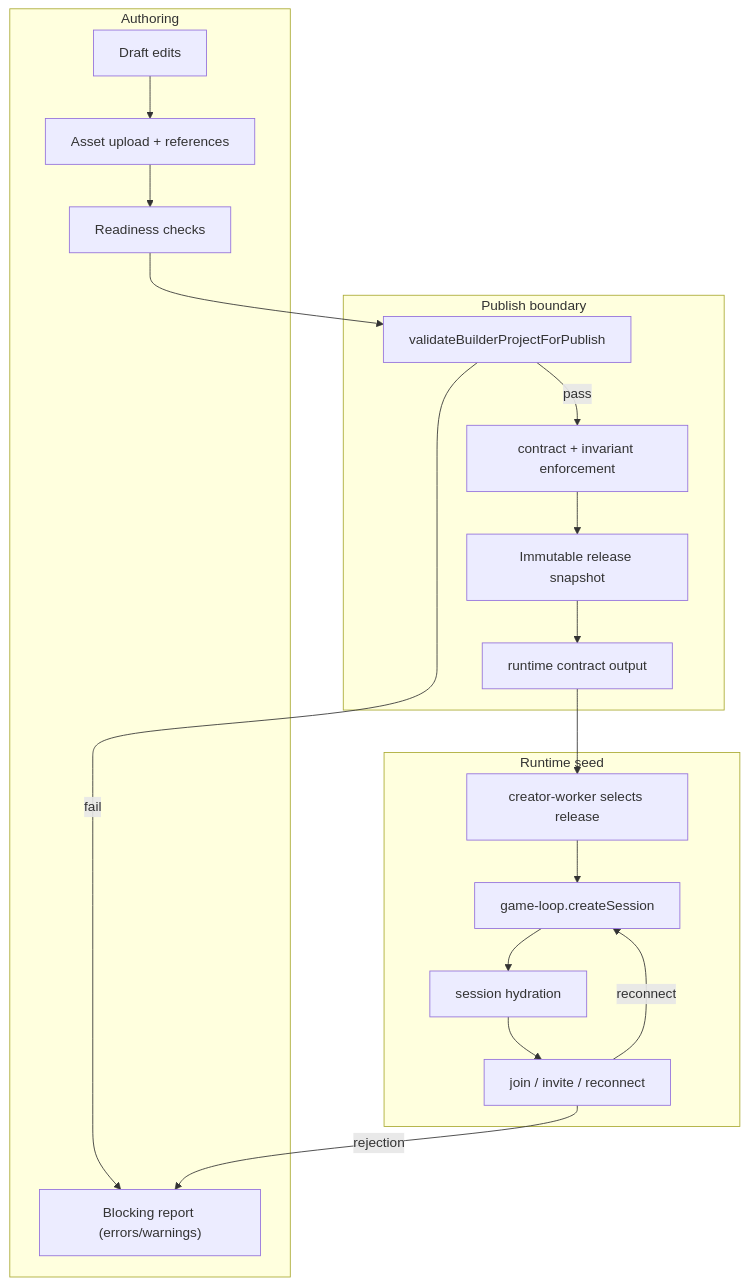
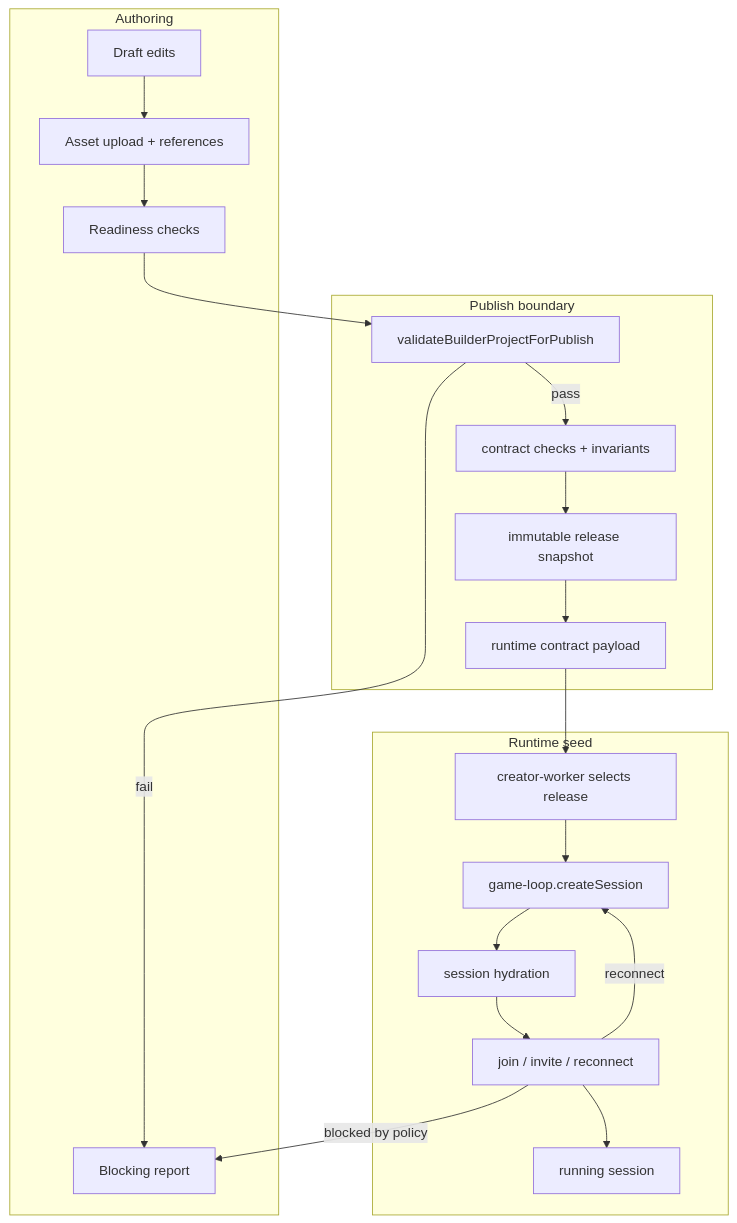
Before and after one commit to d4551/tea: the fifth of 16 diagrams in README.md, drawn with Mermaid. The commit also changed other lines of this file and 2 other files, not shown here.

````diff
--- a/README.md
+++ b/README.md
@@ -326,30 +373,31 @@
 ```mermaid
 flowchart TD
   subgraph Authoring["Authoring"]
     A_Draft["Draft edits"]
     A_Asset["Asset upload + references"]
     A_Audit["Readiness checks"]
-    A_Report["Blocking report (errors/warnings)"]
+    A_Report["Blocking report"]
   end
 
   subgraph Publish["Publish boundary"]
     P_Validate["validateBuilderProjectForPublish"]
-    P_Contract["contract + invariant enforcement"]
-    P_Release["Immutable release snapshot"]
-    P_Output["runtime contract output"]
+    P_Contract["contract checks + invariants"]
+    P_Release["immutable release snapshot"]
+    P_Output["runtime contract payload"]
   end
 
   subgraph Runtime["Runtime seed"]
-    R_Create["creator-worker selects release"]
-    R_Session["game-loop.createSession"]
+    R_Select["creator-worker selects release"]
+    R_Create["game-loop.createSession"]
     R_Hydrate["session hydration"]
     R_Join["join / invite / reconnect"]
+    R_Result["running session"]
   end
 
   A_Draft --> A_Asset --> A_Audit --> P_Validate
-  P_Validate -->|pass| P_Contract --> P_Release --> P_Output --> R_Create
+  P_Validate -->|pass| P_Contract --> P_Release --> P_Output --> R_Select
   P_Validate -->|fail| A_Report
-  R_Create --> R_Session --> R_Hydrate --> R_Join
-  R_Join -->|reconnect| R_Session
-  R_Join -->|rejection| A_Report
+  R_Select --> R_Create --> R_Hydrate --> R_Join --> R_Result
+  R_Join -->|reconnect| R_Create
+  R_Join -->|blocked by policy| A_Report
 ```
````
